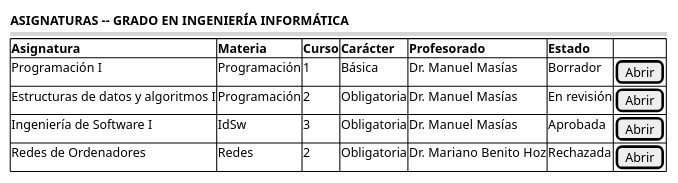
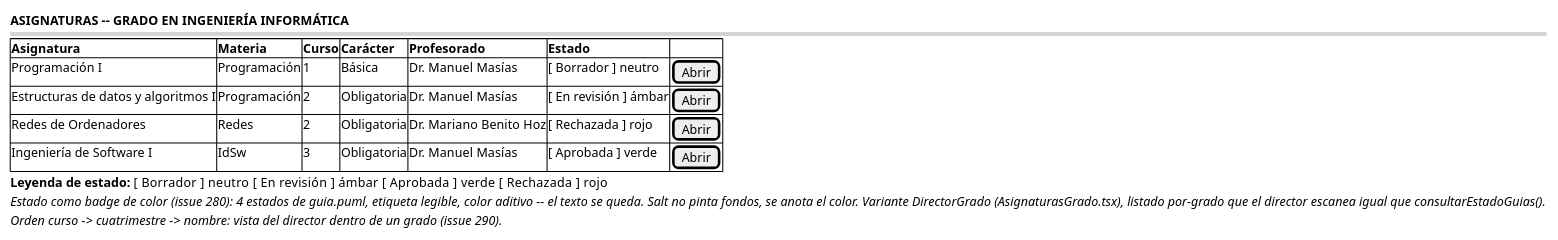
The first of 2 diagrams in RUP/01-requisitos/03-detalle-casos-uso/abrirAsignaturasGrado/wireframes.puml (mmasias/pyCeldaPublico), drawn with PlantUML before and after one commit. The commit also changed other lines of this file and 393 other files, not shown here.

```diff
--- a/RUP/01-requisitos/03-detalle-casos-uso/abrirAsignaturasGrado/wireframes.puml
+++ b/RUP/01-requisitos/03-detalle-casos-uso/abrirAsignaturasGrado/wireframes.puml
@@ -1,14 +1,17 @@
 @startsalt abrirAsignaturasGrado-wireframe
 {
     <b>ASIGNATURAS -- GRADO EN INGENIERÍA INFORMÁTICA</b>
     ====
     {#
     <b>Asignatura                          | <b>Materia    | <b>Curso  | <b>Carácter | <b>Profesorado      |<b>Estado| .
-    Programación I                         | Programación  | 1         | Básica | Dr. Manuel Masías        |Borrador| [Abrir]
-    Estructuras de datos y algoritmos I    | Programación  | 2         | Obligatoria | Dr. Manuel Masías   |En revisión| [Abrir]
-    Ingeniería de Software I               | IdSw          | 3         | Obligatoria | Dr. Manuel Masías   |Aprobada| [Abrir]
-    Redes de Ordenadores                   | Redes         | 2         | Obligatoria | Dr. Mariano Benito Hoz |Rechazada| [Abrir]
+    Programación I                         | Programación  | 1         | Básica | Dr. Manuel Masías        |[ Borrador ] neutro| [Abrir]
+    Estructuras de datos y algoritmos I    | Programación  | 2         | Obligatoria | Dr. Manuel Masías   |[ En revisión ] ámbar| [Abrir]
+    Redes de Ordenadores                   | Redes         | 2         | Obligatoria | Dr. Mariano Benito Hoz |[ Rechazada ] rojo| [Abrir]
+    Ingeniería de Software I               | IdSw          | 3         | Obligatoria | Dr. Manuel Masías   |[ Aprobada ] verde| [Abrir]
 
     }
+    <b>Leyenda de estado:</b> [ Borrador ] neutro   [ En revisión ] ámbar   [ Aprobada ] verde   [ Rechazada ] rojo
+    <i>Estado como badge de color (issue 280): 4 estados de guia.puml, etiqueta legible, color aditivo -- el texto se queda. Salt no pinta fondos, se anota el color. Variante DirectorGrado (AsignaturasGrado.tsx), listado por-grado que el director escanea igual que consultarEstadoGuias().</i>
+    <i>Orden curso -> cuatrimestre -> nombre: vista del director dentro de un grado (issue 290).</i>
 }
 @endsalt
```
